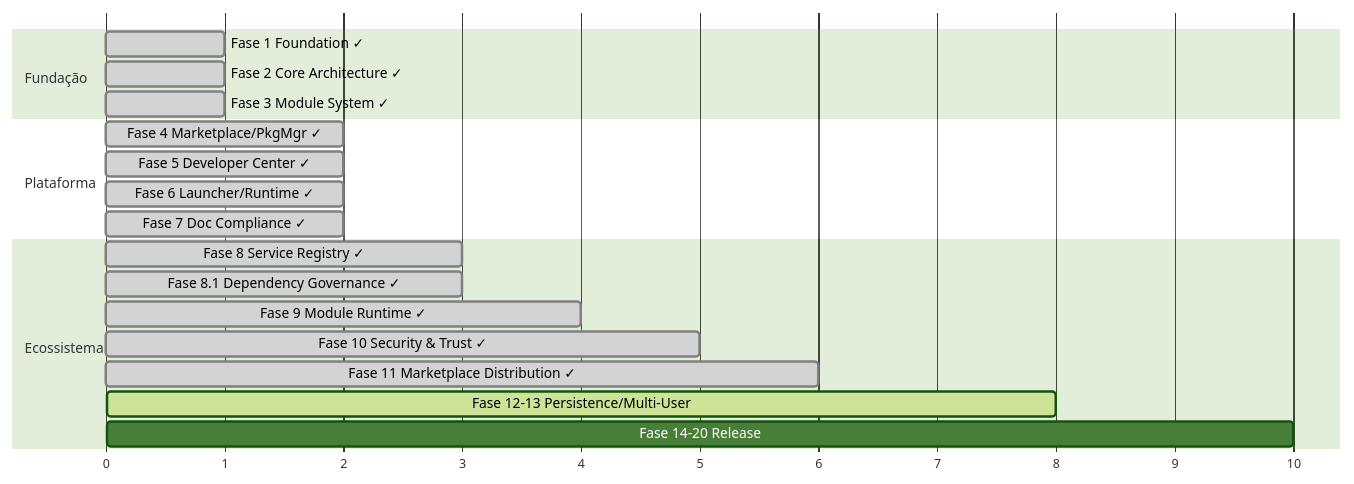
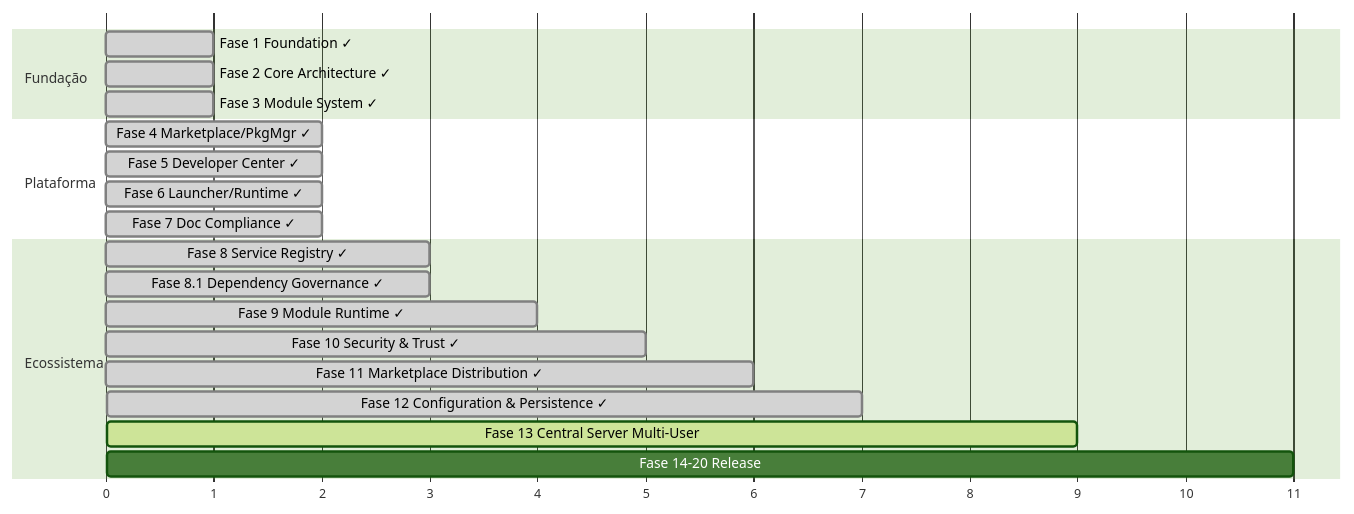
The third of 3 diagrams in README.md (julianscunha/Tech.Forge), drawn with Mermaid (forest theme) before and after one commit. The commit also changed other lines of this file and 2 other files, not shown here.

First line of the commit message:
docs: Fase 12 — fechamento (auditoria §35, phase-audit.md, README)

````diff
--- a/README.md
+++ b/README.md
@@ -322,22 +335,23 @@
 ```mermaid
 gantt
     dateFormat X
     axisFormat %s
     section Fundação
     Fase 1 Foundation ✓         :done, 0, 1
     Fase 2 Core Architecture ✓  :done, 0, 1
     Fase 3 Module System ✓      :done, 0, 1
     section Plataforma
     Fase 4 Marketplace/PkgMgr ✓ :done, 1, 2
     Fase 5 Developer Center ✓   :done, 1, 2
     Fase 6 Launcher/Runtime ✓   :done, 1, 2
     Fase 7 Doc Compliance ✓     :done, 1, 2
     section Ecossistema
     Fase 8 Service Registry ✓          :done, 2, 3
     Fase 8.1 Dependency Governance ✓   :done, 2, 3
     Fase 9 Module Runtime ✓             :done, 3, 4
     Fase 10 Security & Trust ✓          :done, 4, 5
     Fase 11 Marketplace Distribution ✓  :done, 5, 6
-    Fase 12-13 Persistence/Multi-User   :active, 6, 8
-    Fase 14-20 Release                  :8, 10
+    Fase 12 Configuration & Persistence ✓ :done, 6, 7
+    Fase 13 Central Server Multi-User   :active, 7, 9
+    Fase 14-20 Release                  :9, 11
 ```
````
